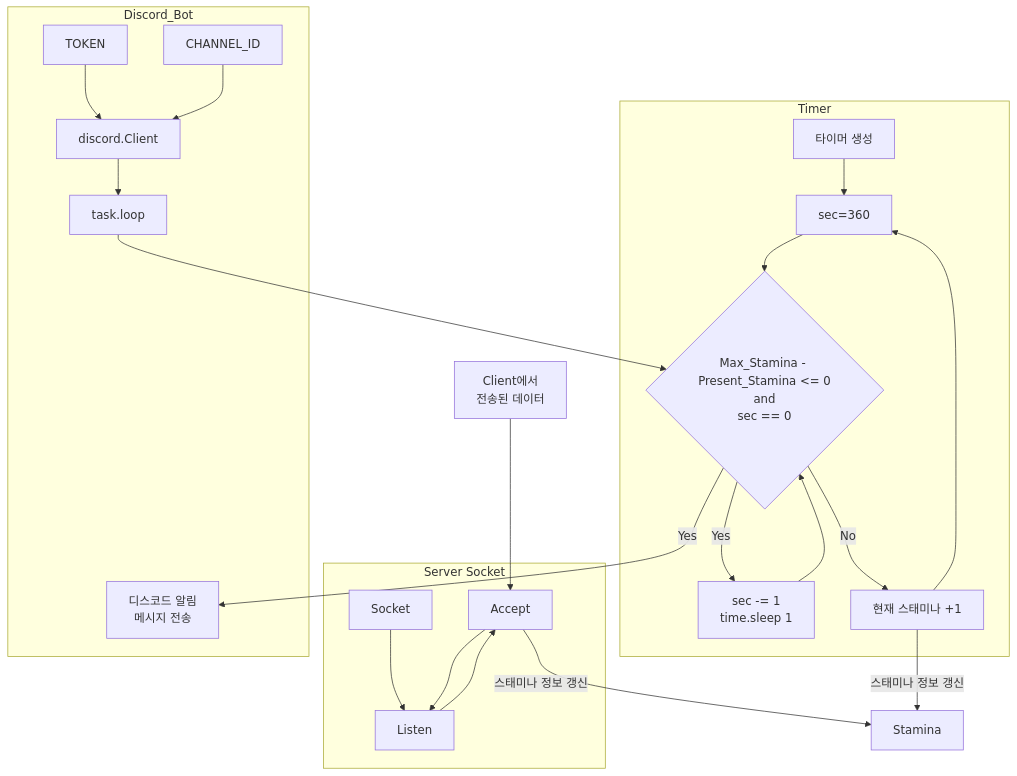
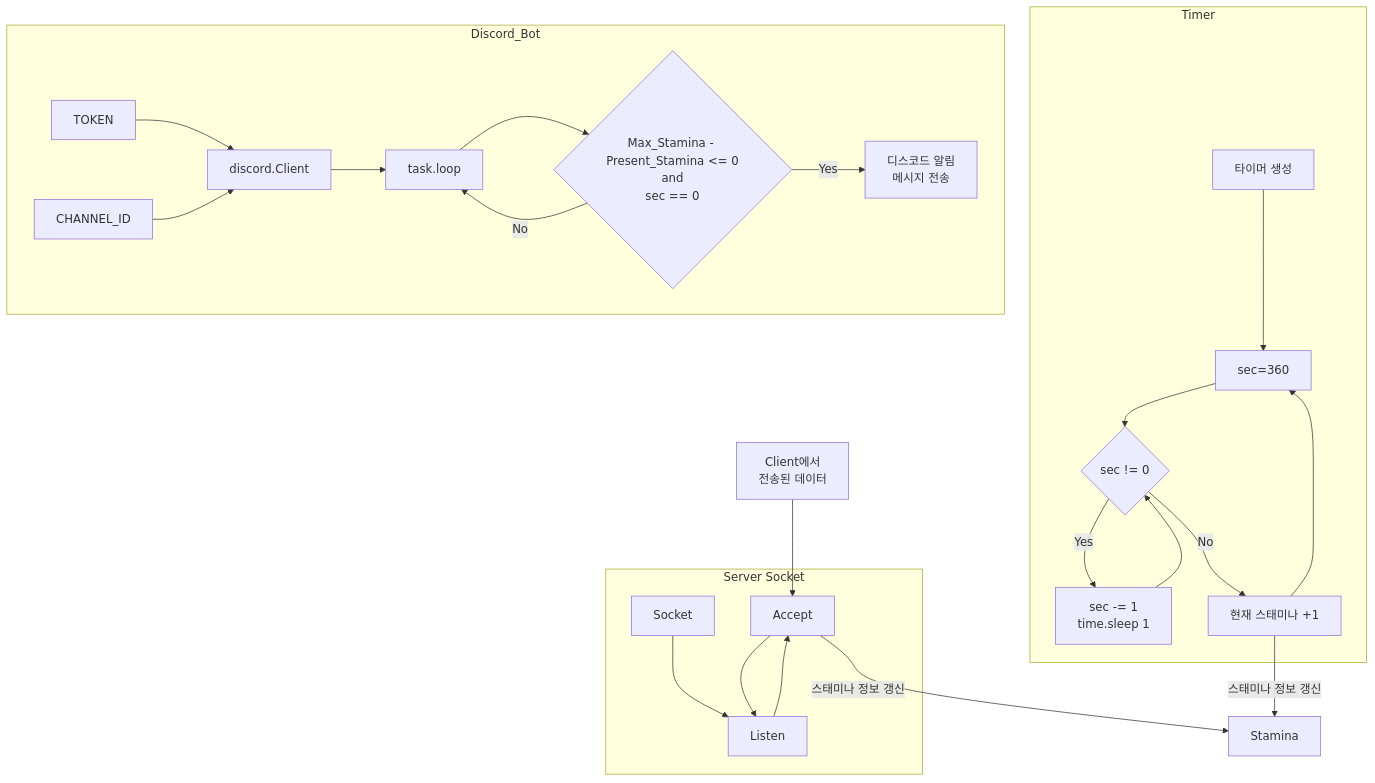
Before and after one commit to 201710808/Game-Stamina-Alarm: the third of 3 diagrams in README.md, drawn with Mermaid.

````diff
--- a/README.md
+++ b/README.md
@@ -55,29 +55,30 @@
 ```mermaid
 graph TB;
     data[Client에서\n전송된 데이터]-->Accept;
 
     subgraph Server Socket;
     Socket-->Listen;
     Listen-->Accept;
     end;
     Accept-->|스태미나 정보 갱신|Stamina;
     Accept-->Listen;
 
     subgraph Timer;
     timer_start[타이머 생성]-->sec;
     sec[sec=360]-->condition{sec != 0};
     condition-->|"Yes"|process_time[sec -= 1\ntime.sleep 1];
     process_time-->condition;
     condition-->|"No"|sync_stamina[현재 스태미나 +1];
     sync_stamina-->sec;
     end;
     sync_stamina-->|스태미나 정보 갱신|Stamina;
 
     subgraph Discord_Bot;
     TOKEN-->Client[discord.Client];
     CHANNEL_ID-->Client;
     Client-->task.loop;
-    task.loop-->condition{Max_Stamina - Present_Stamina <= 0\nand\nsec == 0};
-    condition-->|"Yes"|discord_message[디스코드 알림\n메시지 전송]
+    task.loop-->discord_condition{Max_Stamina - Present_Stamina <= 0\nand\nsec == 0};
+    discord_condition-->|"Yes"|discord_message[디스코드 알림\n메시지 전송]
+    discord_condition-->|"No"|task.loop;
     end;
 ```
````
